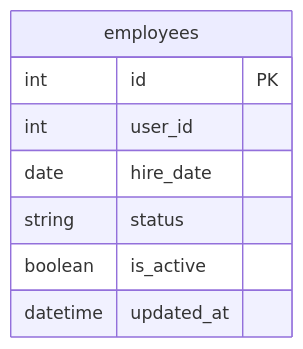
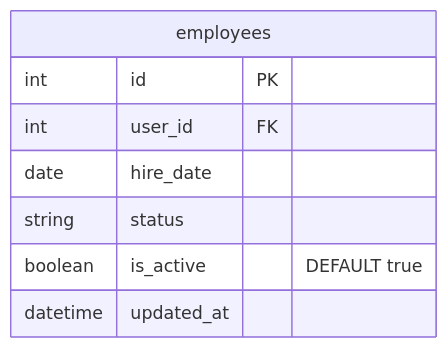
Before and after one commit to YuriSilenok/KPK_UP2_24-1P11: the diagram in S10/doc.md, drawn with Mermaid. The commit also changed other lines of this file, not shown here.

````diff
--- a/S10/doc.md
+++ b/S10/doc.md
@@ -122,11 +125,11 @@
 ```mermaid
 erDiagram
     employees {
         int id PK
-        int user_id
+        int user_id FK
         date hire_date
         string status
-        boolean is_active
+        boolean is_active "DEFAULT true"
         datetime updated_at
     }
 ```
````
